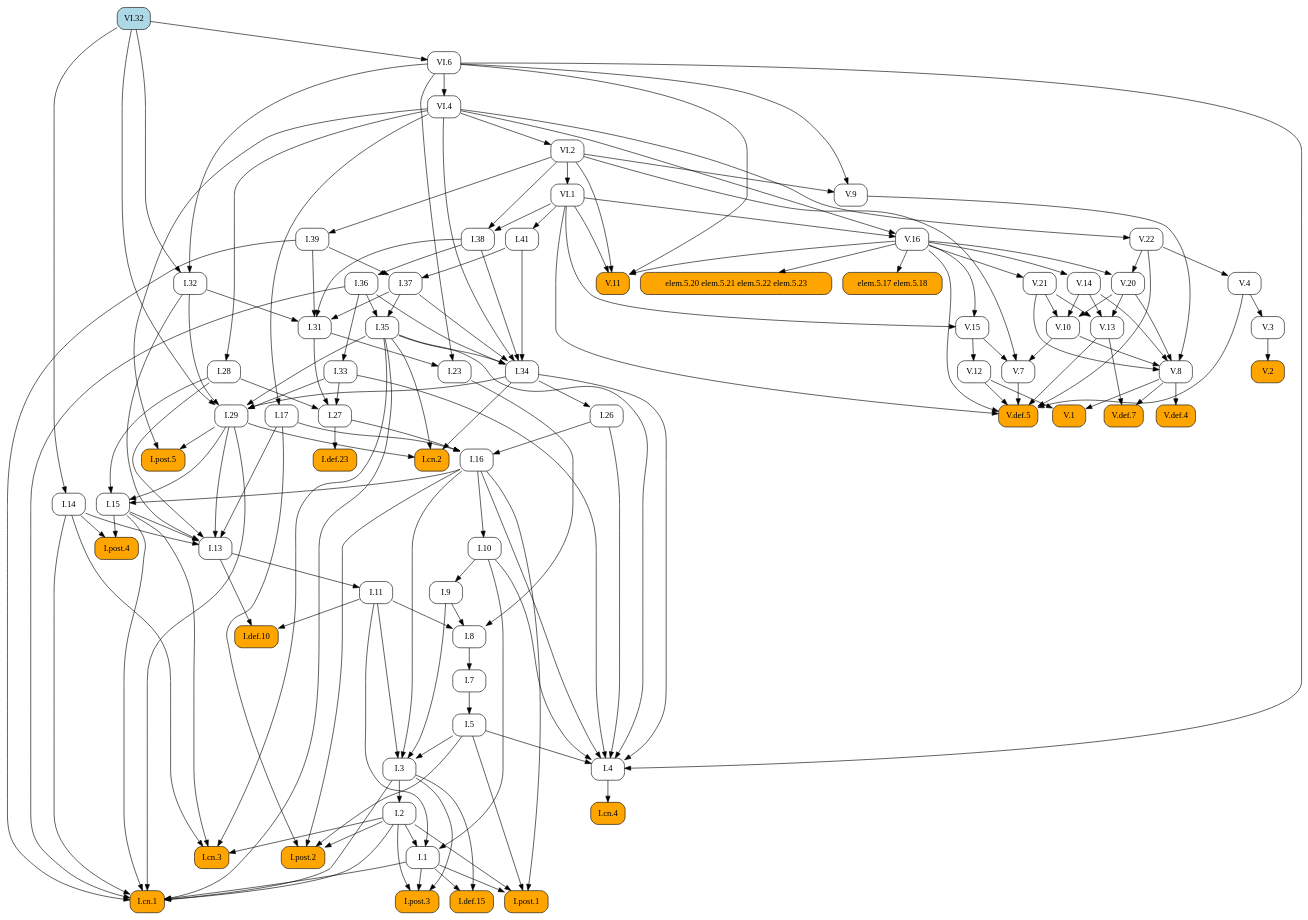
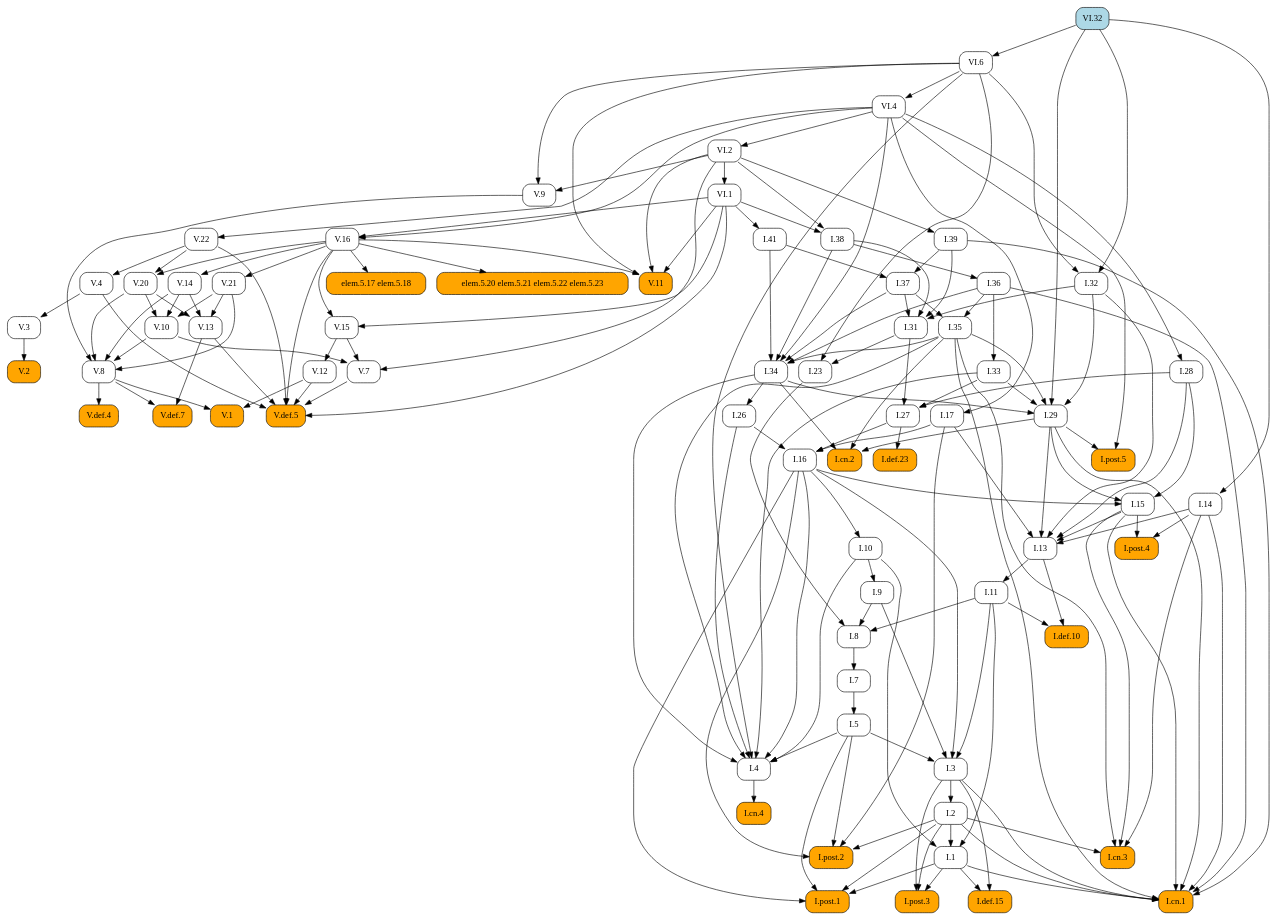
Before and after one commit to geometor/elements: the diagram in docsrc/heath/VI/32/index.rst, drawn with Graphviz. The commit also changed other lines of this file and 1029 other files, not shown here.

```diff
--- a/docsrc/heath/VI/32/index.rst
+++ b/docsrc/heath/VI/32/index.rst
@@ -83,146 +83,84 @@
    digraph {
      rankdir="TB";
      node [shape=box, style=rounded];
+     "I.def.10" [style="rounded,filled", fillcolor=orange, URL="/heath/I/def.10/", target="_top"];
+     "I.11" [URL="/heath/I/11/", target="_top"];
+     "I.post.4" [style="rounded,filled", fillcolor=orange, URL="/heath/I/post.4/", target="_top"];
+     "I.28" [URL="/heath/I/28/", target="_top"];
+     "I.1" [URL="/heath/I/1/", target="_top"];
+     "VI.32" [style="rounded,filled", fillcolor=lightblue, URL="/heath/VI/32/", target="_top"];
+     "V.def.5" [style="rounded,filled", fillcolor=orange, URL="/heath/V/def.5/", target="_top"];
+     "V.13" [URL="/heath/V/13/", target="_top"];
+     "V.11" [style="rounded,filled", fillcolor=orange, URL="/heath/V/11/", target="_top"];
+     "VI.6" [URL="/heath/VI/6/", target="_top"];
+     "I.post.3" [style="rounded,filled", fillcolor=orange, URL="/heath/I/post.3/", target="_top"];
+     "VI.1" [URL="/heath/VI/1/", target="_top"];
+     "I.cn.3" [style="rounded,filled", fillcolor=orange, URL="/heath/I/cn.3/", target="_top"];
+     "I.14" [URL="/heath/I/14/", target="_top"];
+     "V.16" [URL="/heath/V/16/", target="_top"];
+     "VI.4" [URL="/heath/VI/4/", target="_top"];
+     "V.3" [URL="/heath/V/3/", target="_top"];
+     "V.8" [URL="/heath/V/8/", target="_top"];
+     "I.27" [URL="/heath/I/27/", target="_top"];
+     "I.36" [URL="/heath/I/36/", target="_top"];
+     "I.41" [URL="/heath/I/41/", target="_top"];
+     "I.37" [URL="/heath/I/37/", target="_top"];
+     "I.34" [URL="/heath/I/34/", target="_top"];
+     "I.2" [URL="/heath/I/2/", target="_top"];
+     "I.def.23" [style="rounded,filled", fillcolor=orange, URL="/heath/I/def.23/", target="_top"];
+     "I.17" [URL="/heath/I/17/", target="_top"];
+     "I.33" [URL="/heath/I/33/", target="_top"];
+     "I.post.2" [style="rounded,filled", fillcolor=orange, URL="/heath/I/post.2/", target="_top"];
+     "elem.5.20 elem.5.21 elem.5.22 elem.5.23" [style="rounded,filled", fillcolor=orange];
+     "I.9" [URL="/heath/I/9/", target="_top"];
+     "I.32" [URL="/heath/I/32/", target="_top"];
+     "I.cn.4" [style="rounded,filled", fillcolor=orange, URL="/heath/I/cn.4/", target="_top"];
+     "V.def.4" [style="rounded,filled", fillcolor=orange, URL="/heath/V/def.4/", target="_top"];
+     "I.15" [URL="/heath/I/15/", target="_top"];
+     "I.38" [URL="/heath/I/38/", target="_top"];
+     "V.def.7" [style="rounded,filled", fillcolor=orange, URL="/heath/V/def.7/", target="_top"];
+     "I.5" [URL="/heath/I/5/", target="_top"];
+     "V.21" [URL="/heath/V/21/", target="_top"];
+     "I.39" [URL="/heath/I/39/", target="_top"];
+     "I.26" [URL="/heath/I/26/", target="_top"];
+     "V.14" [URL="/heath/V/14/", target="_top"];
+     "I.29" [URL="/heath/I/29/", target="_top"];
+     "V.22" [URL="/heath/V/22/", target="_top"];
+     "V.12" [URL="/heath/V/12/", target="_top"];
+     "I.cn.2" [style="rounded,filled", fillcolor=orange, URL="/heath/I/cn.2/", target="_top"];
+     "V.20" [URL="/heath/V/20/", target="_top"];
+     "V.10" [URL="/heath/V/10/", target="_top"];
+     "VI.2" [URL="/heath/VI/2/", target="_top"];
+     "I.def.15" [style="rounded,filled", fillcolor=orange, URL="/heath/I/def.15/", target="_top"];
+     "V.15" [URL="/heath/V/15/", target="_top"];
+     "I.cn.1" [style="rounded,filled", fillcolor=orange, URL="/heath/I/cn.1/", target="_top"];
+     "V.7" [URL="/heath/V/7/", target="_top"];
+     "V.9" [URL="/heath/V/9/", target="_top"];
+     "I.23" [URL="/heath/I/23/", target="_top"];
+     "I.post.1" [style="rounded,filled", fillcolor=orange, URL="/heath/I/post.1/", target="_top"];
+     "I.35" [URL="/heath/I/35/", target="_top"];
+     "I.7" [URL="/heath/I/7/", target="_top"];
+     "I.3" [URL="/heath/I/3/", target="_top"];
+     "I.4" [URL="/heath/I/4/", target="_top"];
+     "I.13" [URL="/heath/I/13/", target="_top"];
+     "V.4" [URL="/heath/V/4/", target="_top"];
+     "I.31" [URL="/heath/I/31/", target="_top"];
      "V.1" [style="rounded,filled", fillcolor=orange, URL="/heath/V/1/", target="_top"];
-     "I.29" [URL="/heath/I/29/", target="_top"];
-     "I.7" [URL="/heath/I/7/", target="_top"];
-     "I.27" [URL="/heath/I/27/", target="_top"];
-     "I.def.23" [style="rounded,filled", fillcolor=orange, URL="/heath/I/def.23/", target="_top"];
-     "V.20" [URL="/heath/V/20/", target="_top"];
-     "I.34" [URL="/heath/I/34/", target="_top"];
+     "I.16" [URL="/heath/I/16/", target="_top"];
+     "elem.5.17 elem.5.18" [style="rounded,filled", fillcolor=orange];
      "I.8" [URL="/heath/I/8/", target="_top"];
      "V.2" [style="rounded,filled", fillcolor=orange, URL="/heath/V/2/", target="_top"];
-     "I.9" [URL="/heath/I/9/", target="_top"];
-     "I.post.4" [style="rounded,filled", fillcolor=orange, URL="/heath/I/post.4/", target="_top"];
-     "V.22" [URL="/heath/V/22/", target="_top"];
-     "I.2" [URL="/heath/I/2/", target="_top"];
-     "V.4" [URL="/heath/V/4/", target="_top"];
-     "I.28" [URL="/heath/I/28/", target="_top"];
-     "VI.32" [style="rounded,filled", fillcolor=lightblue, URL="/heath/VI/32/", target="_top"];
-     "VI.4" [URL="/heath/VI/4/", target="_top"];
-     "I.cn.4" [style="rounded,filled", fillcolor=orange, URL="/heath/I/cn.4/", target="_top"];
-     "VI.2" [URL="/heath/VI/2/", target="_top"];
-     "elem.5.20 elem.5.21 elem.5.22 elem.5.23" [style="rounded,filled", fillcolor=orange];
-     "I.23" [URL="/heath/I/23/", target="_top"];
-     "I.13" [URL="/heath/I/13/", target="_top"];
-     "I.5" [URL="/heath/I/5/", target="_top"];
-     "I.11" [URL="/heath/I/11/", target="_top"];
-     "I.4" [URL="/heath/I/4/", target="_top"];
-     "I.def.10" [style="rounded,filled", fillcolor=orange, URL="/heath/I/def.10/", target="_top"];
-     "I.post.3" [style="rounded,filled", fillcolor=orange, URL="/heath/I/post.3/", target="_top"];
-     "V.9" [URL="/heath/V/9/", target="_top"];
-     "elem.5.17 elem.5.18" [style="rounded,filled", fillcolor=orange];
-     "V.3" [URL="/heath/V/3/", target="_top"];
-     "I.36" [URL="/heath/I/36/", target="_top"];
-     "V.12" [URL="/heath/V/12/", target="_top"];
-     "I.15" [URL="/heath/I/15/", target="_top"];
-     "I.17" [URL="/heath/I/17/", target="_top"];
-     "I.32" [URL="/heath/I/32/", target="_top"];
-     "I.41" [URL="/heath/I/41/", target="_top"];
-     "V.def.5" [style="rounded,filled", fillcolor=orange, URL="/heath/V/def.5/", target="_top"];
-     "I.cn.3" [style="rounded,filled", fillcolor=orange, URL="/heath/I/cn.3/", target="_top"];
-     "V.16" [URL="/heath/V/16/", target="_top"];
-     "I.38" [URL="/heath/I/38/", target="_top"];
-     "V.15" [URL="/heath/V/15/", target="_top"];
-     "V.def.4" [style="rounded,filled", fillcolor=orange, URL="/heath/V/def.4/", target="_top"];
-     "V.21" [URL="/heath/V/21/", target="_top"];
-     "V.8" [URL="/heath/V/8/", target="_top"];
-     "V.7" [URL="/heath/V/7/", target="_top"];
-     "I.1" [URL="/heath/I/1/", target="_top"];
-     "I.def.15" [style="rounded,filled", fillcolor=orange, URL="/heath/I/def.15/", target="_top"];
-     "I.post.1" [style="rounded,filled", fillcolor=orange, URL="/heath/I/post.1/", target="_top"];
-     "V.13" [URL="/heath/V/13/", target="_top"];
-     "I.26" [URL="/heath/I/26/", target="_top"];
-     "I.33" [URL="/heath/I/33/", target="_top"];
-     "V.def.7" [style="rounded,filled", fillcolor=orange, URL="/heath/V/def.7/", target="_top"];
-     "I.39" [URL="/heath/I/39/", target="_top"];
-     "I.cn.2" [style="rounded,filled", fillcolor=orange, URL="/heath/I/cn.2/", target="_top"];
-     "V.10" [URL="/heath/V/10/", target="_top"];
+     "I.post.5" [style="rounded,filled", fillcolor=orange, URL="/heath/I/post.5/", target="_top"];
      "I.10" [URL="/heath/I/10/", target="_top"];
-     "I.3" [URL="/heath/I/3/", target="_top"];
-     "I.16" [URL="/heath/I/16/", target="_top"];
-     "I.31" [URL="/heath/I/31/", target="_top"];
-     "VI.6" [URL="/heath/VI/6/", target="_top"];
-     "V.11" [style="rounded,filled", fillcolor=orange, URL="/heath/V/11/", target="_top"];
-     "I.post.2" [style="rounded,filled", fillcolor=orange, URL="/heath/I/post.2/", target="_top"];
-     "I.post.5" [style="rounded,filled", fillcolor=orange, URL="/heath/I/post.5/", target="_top"];
-     "VI.1" [URL="/heath/VI/1/", target="_top"];
-     "I.14" [URL="/heath/I/14/", target="_top"];
-     "I.35" [URL="/heath/I/35/", target="_top"];
-     "I.cn.1" [style="rounded,filled", fillcolor=orange, URL="/heath/I/cn.1/", target="_top"];
-     "I.37" [URL="/heath/I/37/", target="_top"];
-     "V.14" [URL="/heath/V/14/", target="_top"];
-     "V.8" -> "V.1";
-     "V.12" -> "V.1";
-     "I.32" -> "I.29";
-     "I.33" -> "I.29";
-     "I.34" -> "I.29";
-     "I.35" -> "I.29";
-     "VI.32" -> "I.29";
-     "I.8" -> "I.7";
-     "I.28" -> "I.27";
-     "I.31" -> "I.27";
-     "I.33" -> "I.27";
-     "I.27" -> "I.def.23";
-     "V.16" -> "V.20";
-     "V.22" -> "V.20";
-     "I.35" -> "I.34";
-     "I.36" -> "I.34";
-     "I.37" -> "I.34";
-     "I.38" -> "I.34";
-     "I.41" -> "I.34";
-     "VI.4" -> "I.34";
-     "I.9" -> "I.8";
-     "I.11" -> "I.8";
-     "I.23" -> "I.8";
-     "V.3" -> "V.2";
-     "I.10" -> "I.9";
+     "I.11" -> "I.def.10";
+     "I.13" -> "I.def.10";
+     "I.13" -> "I.11";
      "I.14" -> "I.post.4";
      "I.15" -> "I.post.4";
-     "VI.4" -> "V.22";
-     "I.3" -> "I.2";
-     "V.22" -> "V.4";
      "VI.4" -> "I.28";
-     "VI.6" -> "VI.4";
-     "I.4" -> "I.cn.4";
-     "VI.4" -> "VI.2";
-     "V.16" -> "elem.5.20 elem.5.21 elem.5.22 elem.5.23";
-     "I.31" -> "I.23";
-     "VI.6" -> "I.23";
-     "I.14" -> "I.13";
-     "I.15" -> "I.13";
-     "I.17" -> "I.13";
-     "I.28" -> "I.13";
-     "I.29" -> "I.13";
-     "I.32" -> "I.13";
-     "I.7" -> "I.5";
-     "I.13" -> "I.11";
-     "I.5" -> "I.4";
-     "I.10" -> "I.4";
-     "I.16" -> "I.4";
-     "I.26" -> "I.4";
-     "I.33" -> "I.4";
-     "I.34" -> "I.4";
-     "I.35" -> "I.4";
-     "VI.6" -> "I.4";
-     "I.11" -> "I.def.10";
-     "I.13" -> "I.def.10";
-     "I.1" -> "I.post.3";
-     "I.2" -> "I.post.3";
-     "I.3" -> "I.post.3";
-     "VI.2" -> "V.9";
-     "VI.6" -> "V.9";
-     "V.16" -> "elem.5.17 elem.5.18";
-     "V.4" -> "V.3";
-     "I.38" -> "I.36";
-     "V.15" -> "V.12";
-     "I.16" -> "I.15";
-     "I.28" -> "I.15";
-     "I.29" -> "I.15";
-     "VI.4" -> "I.17";
-     "VI.6" -> "I.32";
-     "VI.32" -> "I.32";
-     "VI.1" -> "I.41";
+     "I.2" -> "I.1";
+     "I.10" -> "I.1";
+     "I.11" -> "I.1";
      "V.4" -> "V.def.5";
      "V.7" -> "V.def.5";
      "V.12" -> "V.def.5";
@@ -230,76 +168,91 @@
      "V.16" -> "V.def.5";
      "V.22" -> "V.def.5";
      "VI.1" -> "V.def.5";
+     "V.14" -> "V.13";
+     "V.20" -> "V.13";
+     "V.21" -> "V.13";
+     "V.16" -> "V.11";
+     "VI.1" -> "V.11";
+     "VI.2" -> "V.11";
+     "VI.6" -> "V.11";
+     "VI.32" -> "VI.6";
+     "I.1" -> "I.post.3";
+     "I.2" -> "I.post.3";
+     "I.3" -> "I.post.3";
+     "VI.2" -> "VI.1";
      "I.2" -> "I.cn.3";
      "I.14" -> "I.cn.3";
      "I.15" -> "I.cn.3";
      "I.35" -> "I.cn.3";
+     "VI.32" -> "I.14";
      "VI.1" -> "V.16";
      "VI.4" -> "V.16";
-     "VI.1" -> "I.38";
-     "VI.2" -> "I.38";
-     "V.16" -> "V.15";
-     "VI.1" -> "V.15";
-     "V.8" -> "V.def.4";
-     "V.16" -> "V.21";
+     "VI.6" -> "VI.4";
+     "V.4" -> "V.3";
      "V.9" -> "V.8";
      "V.10" -> "V.8";
      "V.14" -> "V.8";
      "V.20" -> "V.8";
      "V.21" -> "V.8";
-     "V.10" -> "V.7";
-     "V.15" -> "V.7";
-     "VI.2" -> "V.7";
-     "I.2" -> "I.1";
-     "I.10" -> "I.1";
-     "I.11" -> "I.1";
-     "I.1" -> "I.def.15";
-     "I.3" -> "I.def.15";
-     "I.1" -> "I.post.1";
-     "I.2" -> "I.post.1";
-     "I.5" -> "I.post.1";
-     "I.16" -> "I.post.1";
-     "V.14" -> "V.13";
-     "V.20" -> "V.13";
-     "V.21" -> "V.13";
-     "I.34" -> "I.26";
+     "I.28" -> "I.27";
+     "I.31" -> "I.27";
+     "I.33" -> "I.27";
+     "I.38" -> "I.36";
+     "VI.1" -> "I.41";
+     "I.39" -> "I.37";
+     "I.41" -> "I.37";
+     "I.35" -> "I.34";
+     "I.36" -> "I.34";
+     "I.37" -> "I.34";
+     "I.38" -> "I.34";
+     "I.41" -> "I.34";
+     "VI.4" -> "I.34";
+     "I.3" -> "I.2";
+     "I.27" -> "I.def.23";
+     "VI.4" -> "I.17";
      "I.36" -> "I.33";
-     "V.8" -> "V.def.7";
-     "V.13" -> "V.def.7";
-     "VI.2" -> "I.39";
-     "I.29" -> "I.cn.2";
-     "I.34" -> "I.cn.2";
-     "I.35" -> "I.cn.2";
-     "V.14" -> "V.10";
-     "V.20" -> "V.10";
-     "V.21" -> "V.10";
-     "I.16" -> "I.10";
-     "I.5" -> "I.3";
-     "I.9" -> "I.3";
-     "I.11" -> "I.3";
-     "I.16" -> "I.3";
-     "I.17" -> "I.16";
-     "I.26" -> "I.16";
-     "I.27" -> "I.16";
-     "I.32" -> "I.31";
-     "I.37" -> "I.31";
-     "I.38" -> "I.31";
-     "I.39" -> "I.31";
-     "VI.32" -> "VI.6";
-     "V.16" -> "V.11";
-     "VI.1" -> "V.11";
-     "VI.2" -> "V.11";
-     "VI.6" -> "V.11";
      "I.2" -> "I.post.2";
      "I.5" -> "I.post.2";
      "I.16" -> "I.post.2";
      "I.17" -> "I.post.2";
-     "I.29" -> "I.post.5";
-     "VI.4" -> "I.post.5";
-     "VI.2" -> "VI.1";
-     "VI.32" -> "I.14";
-     "I.36" -> "I.35";
-     "I.37" -> "I.35";
+     "V.16" -> "elem.5.20 elem.5.21 elem.5.22 elem.5.23";
+     "I.10" -> "I.9";
+     "VI.6" -> "I.32";
+     "VI.32" -> "I.32";
+     "I.4" -> "I.cn.4";
+     "V.8" -> "V.def.4";
+     "I.16" -> "I.15";
+     "I.28" -> "I.15";
+     "I.29" -> "I.15";
+     "VI.1" -> "I.38";
+     "VI.2" -> "I.38";
+     "V.8" -> "V.def.7";
+     "V.13" -> "V.def.7";
+     "I.7" -> "I.5";
+     "V.16" -> "V.21";
+     "VI.2" -> "I.39";
+     "I.34" -> "I.26";
+     "V.16" -> "V.14";
+     "I.32" -> "I.29";
+     "I.33" -> "I.29";
+     "I.34" -> "I.29";
+     "I.35" -> "I.29";
+     "VI.32" -> "I.29";
+     "VI.4" -> "V.22";
+     "V.15" -> "V.12";
+     "I.29" -> "I.cn.2";
+     "I.34" -> "I.cn.2";
+     "I.35" -> "I.cn.2";
+     "V.16" -> "V.20";
+     "V.22" -> "V.20";
+     "V.14" -> "V.10";
+     "V.20" -> "V.10";
+     "V.21" -> "V.10";
+     "VI.4" -> "VI.2";
+     "I.1" -> "I.def.15";
+     "I.3" -> "I.def.15";
+     "V.16" -> "V.15";
+     "VI.1" -> "V.15";
      "I.1" -> "I.cn.1";
      "I.2" -> "I.cn.1";
      "I.3" -> "I.cn.1";
@@ -309,7 +262,54 @@
      "I.35" -> "I.cn.1";
      "I.36" -> "I.cn.1";
      "I.39" -> "I.cn.1";
-     "I.39" -> "I.37";
-     "I.41" -> "I.37";
-     "V.16" -> "V.14";
+     "V.10" -> "V.7";
+     "V.15" -> "V.7";
+     "VI.2" -> "V.7";
+     "VI.2" -> "V.9";
+     "VI.6" -> "V.9";
+     "I.31" -> "I.23";
+     "VI.6" -> "I.23";
+     "I.1" -> "I.post.1";
+     "I.2" -> "I.post.1";
+     "I.5" -> "I.post.1";
+     "I.16" -> "I.post.1";
+     "I.36" -> "I.35";
+     "I.37" -> "I.35";
+     "I.8" -> "I.7";
+     "I.5" -> "I.3";
+     "I.9" -> "I.3";
+     "I.11" -> "I.3";
+     "I.16" -> "I.3";
+     "I.5" -> "I.4";
+     "I.10" -> "I.4";
+     "I.16" -> "I.4";
+     "I.26" -> "I.4";
+     "I.33" -> "I.4";
+     "I.34" -> "I.4";
+     "I.35" -> "I.4";
+     "VI.6" -> "I.4";
+     "I.14" -> "I.13";
+     "I.15" -> "I.13";
+     "I.17" -> "I.13";
+     "I.28" -> "I.13";
+     "I.29" -> "I.13";
+     "I.32" -> "I.13";
+     "V.22" -> "V.4";
+     "I.32" -> "I.31";
+     "I.37" -> "I.31";
+     "I.38" -> "I.31";
+     "I.39" -> "I.31";
+     "V.8" -> "V.1";
+     "V.12" -> "V.1";
+     "I.17" -> "I.16";
+     "I.26" -> "I.16";
+     "I.27" -> "I.16";
+     "V.16" -> "elem.5.17 elem.5.18";
+     "I.9" -> "I.8";
+     "I.11" -> "I.8";
+     "I.23" -> "I.8";
+     "V.3" -> "V.2";
+     "I.29" -> "I.post.5";
+     "VI.4" -> "I.post.5";
+     "I.16" -> "I.10";
    }
```
